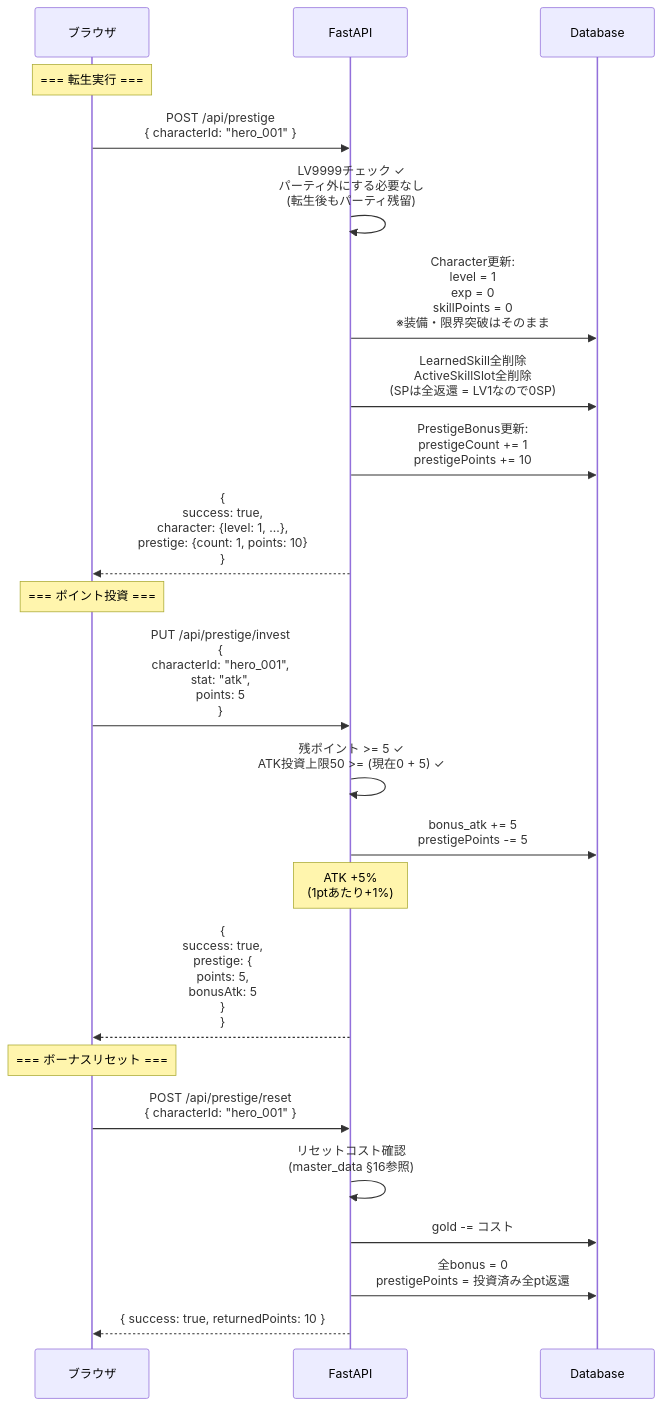
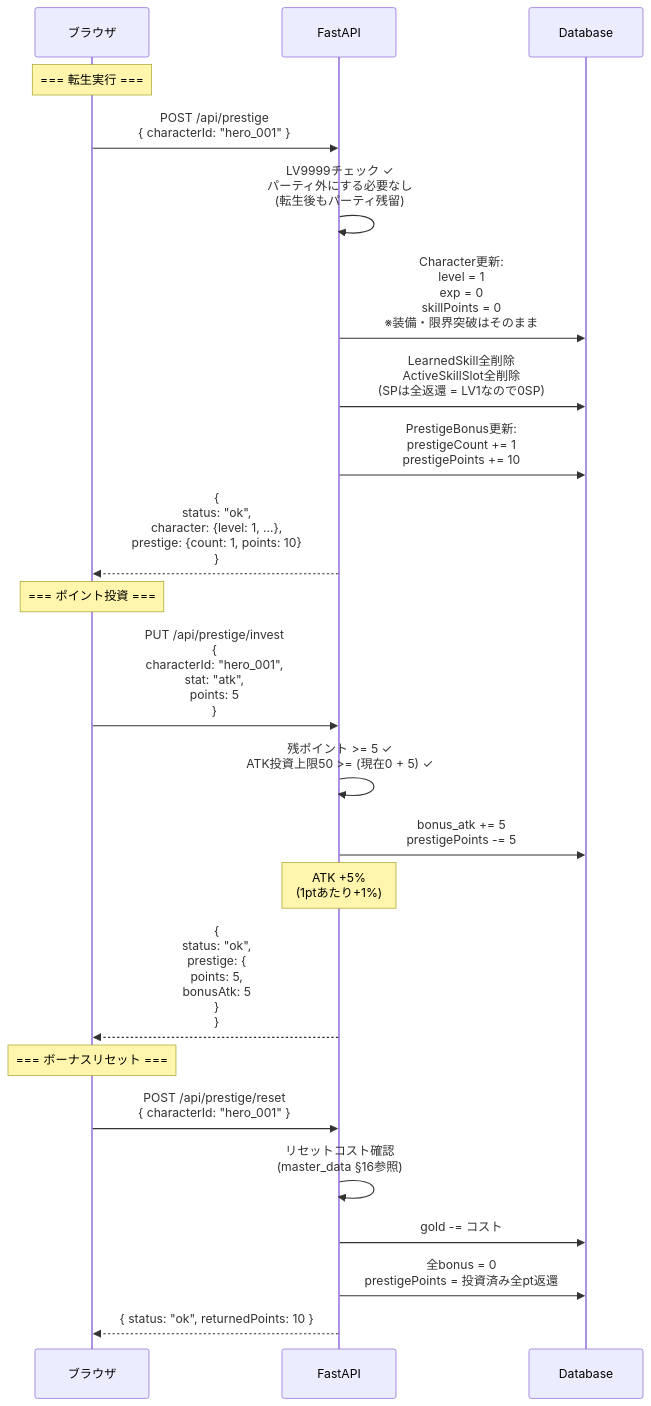
Before and after one commit to dateeee/2026_AFKGAME: diagram 12 of 14 in diagrams/api_sequence.md, drawn with Mermaid. The commit also changed other lines of this file and 34 other files, not shown here.

First line of the commit message:
docs+fix: 工程定義に基づく要件〜詳細設計の見直し — 全仕様書・設計図レビューと指摘修正

````diff
--- a/diagrams/api_sequence.md
+++ b/diagrams/api_sequence.md
@@ -455,42 +491,42 @@
 ```mermaid
 %%{init: {'theme': 'default', 'sequence': {'actorFontSize': 18, 'messageFontSize': 16, 'noteFontSize': 14}} }%%
 sequenceDiagram
     participant B as ブラウザ
     participant API as FastAPI
     participant DB as Database
 
     Note over B: === 転生実行 ===
 
     B->>API: POST /api/prestige<br/>{ characterId: "hero_001" }
 
     API->>API: LV9999チェック ✓<br/>パーティ外にする必要なし<br/>(転生後もパーティ残留)
 
     API->>DB: Character更新:<br/>level = 1<br/>exp = 0<br/>skillPoints = 0<br/>※装備・限界突破はそのまま
 
     API->>DB: LearnedSkill全削除<br/>ActiveSkillSlot全削除<br/>(SPは全返還 = LV1なので0SP)
 
     API->>DB: PrestigeBonus更新:<br/>prestigeCount += 1<br/>prestigePoints += 10
 
-    API-->>B: {<br/>  success: true,<br/>  character: {level: 1, ...},<br/>  prestige: {count: 1, points: 10}<br/>}
+    API-->>B: {<br/>  status: "ok",<br/>  character: {level: 1, ...},<br/>  prestige: {count: 1, points: 10}<br/>}
 
     Note over B: === ポイント投資 ===
 
     B->>API: PUT /api/prestige/invest<br/>{<br/>  characterId: "hero_001",<br/>  stat: "atk",<br/>  points: 5<br/>}
 
     API->>API: 残ポイント >= 5 ✓<br/>ATK投資上限50 >= (現在0 + 5) ✓
 
     API->>DB: bonus_atk += 5<br/>prestigePoints -= 5
 
     Note over API: ATK +5%<br/>(1ptあたり+1%)
 
-    API-->>B: {<br/>  success: true,<br/>  prestige: {<br/>    points: 5,<br/>    bonusAtk: 5<br/>  }<br/>}
+    API-->>B: {<br/>  status: "ok",<br/>  prestige: {<br/>    points: 5,<br/>    bonusAtk: 5<br/>  }<br/>}
 
     Note over B: === ボーナスリセット ===
 
     B->>API: POST /api/prestige/reset<br/>{ characterId: "hero_001" }
 
     API->>API: リセットコスト確認<br/>(master_data §16参照)
     API->>DB: gold -= コスト
     API->>DB: 全bonus = 0<br/>prestigePoints = 投資済み全pt返還
-    API-->>B: { success: true, returnedPoints: 10 }
+    API-->>B: { status: "ok", returnedPoints: 10 }
 ```
````
